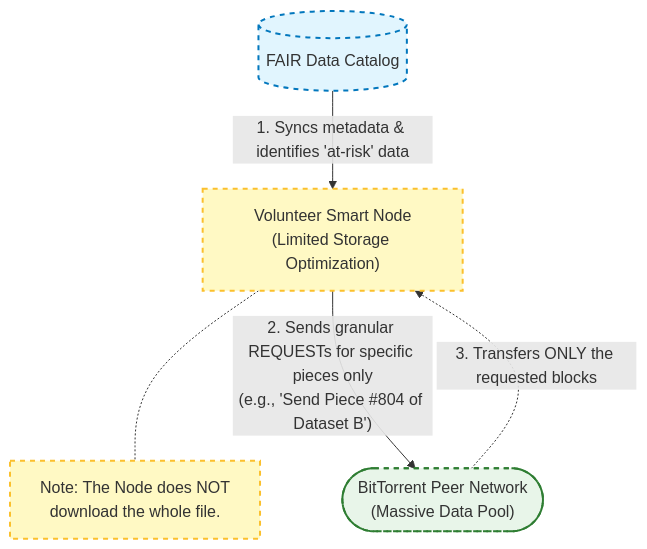
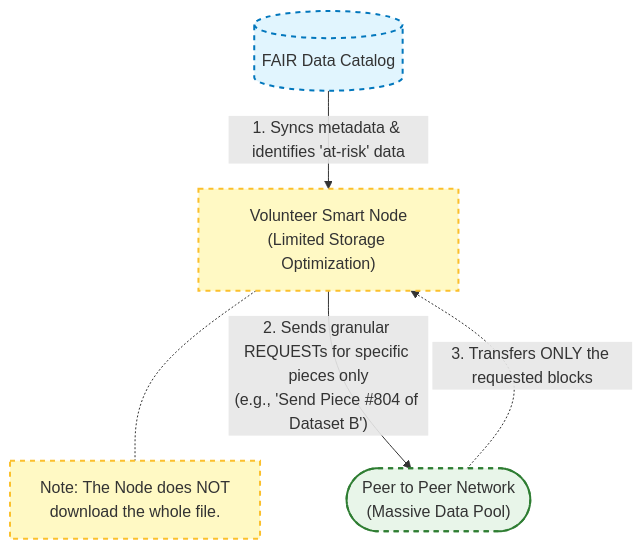
The second of 2 diagrams in content/docs/dissemination/_index.md (dataforcanada/www.dataforcanada.org), drawn with Mermaid before and after one commit. The commit also changed other lines of this file, not shown here.

Commit message:
Use generic term for BitTorrent technology

````diff
--- a/content/docs/dissemination/_index.md
+++ b/content/docs/dissemination/_index.md
@@ -136,26 +136,26 @@
 ```mermaid
 graph TD
     %% Node Definitions with custom labels
     Catalog[("FAIR Data Catalog")]
     SmartNode["Volunteer Smart Node<br/>(Limited Storage Optimization)"]
-    BTNetwork(["BitTorrent Peer Network<br/>(Massive Data Pool)"])
+    BTNetwork(["Peer to Peer Network<br/>(Massive Data Pool)"])
 
     %% The Process Flow
     Catalog -->|"1. Syncs metadata & identifies 'at-risk' data"| SmartNode
     
     note["Note: The Node does NOT<br/>download the whole file."]
     SmartNode -.- note
 
     SmartNode -->|"2. Sends granular REQUESTs for specific pieces only<br/>(e.g., 'Send Piece #804 of Dataset B')"| BTNetwork
     
     BTNetwork -.->|"3. Transfers ONLY the requested blocks"| SmartNode
 
     %% Optional Styling for visual clarity
     classDef central fill:#e1f5fe,stroke:#0277bd,stroke-width:2px;
     classDef node fill:#fff9c4,stroke:#fbc02d,stroke-width:2px,stroke-dasharray: 5 5;
     classDef network fill:#e8f5e9,stroke:#2e7d32,stroke-width:2px;
     
     class Catalog central;
     class SmartNode node;
     class BTNetwork network;
 ```
````
